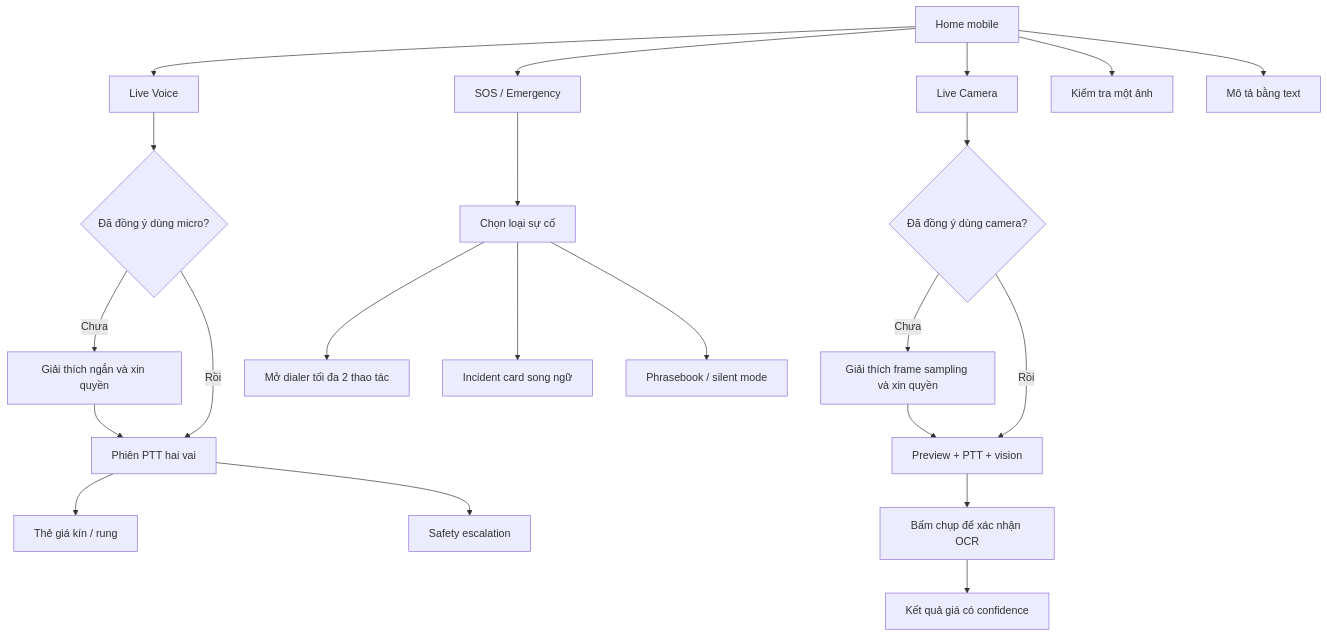
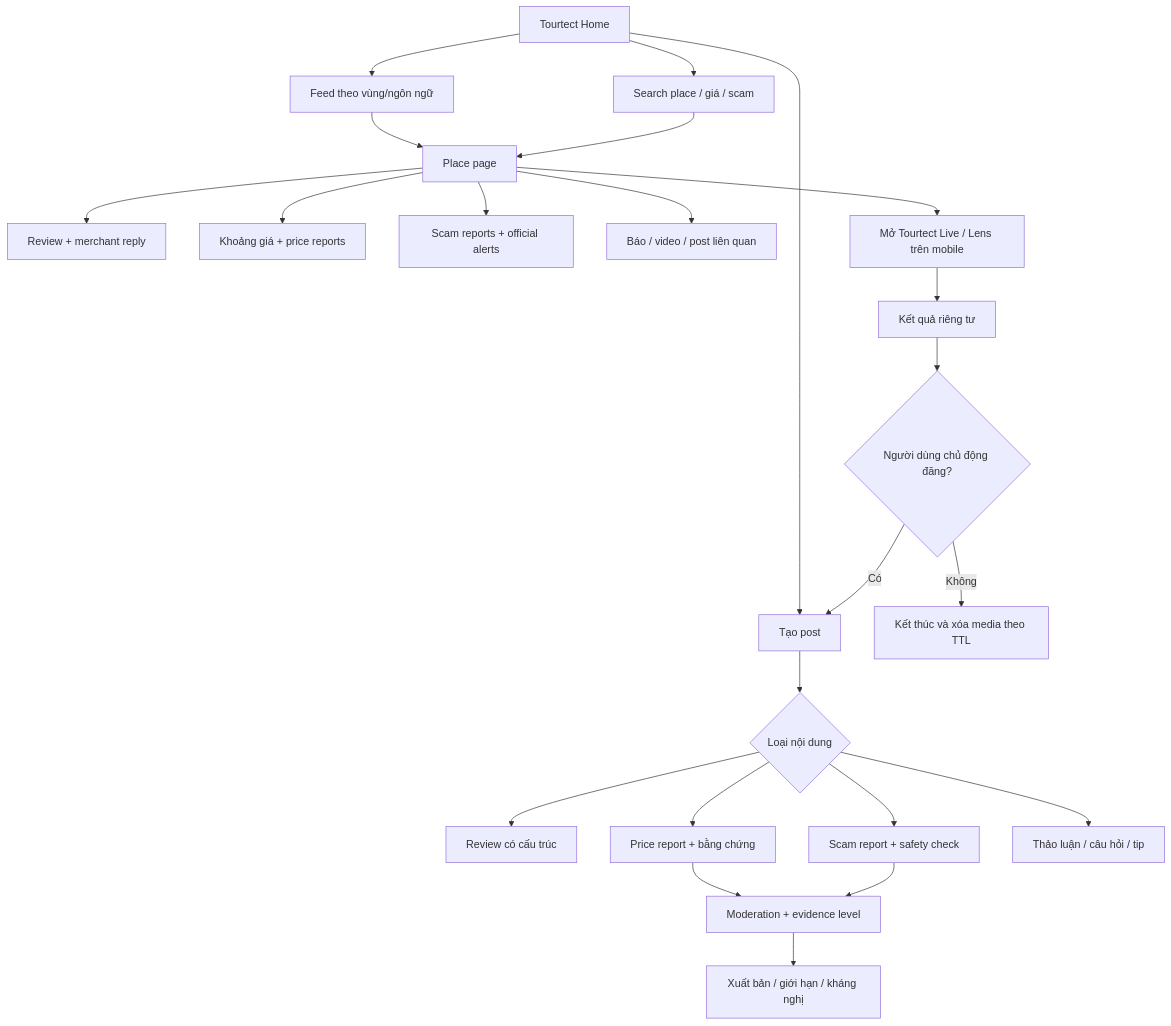
The first of 9 diagrams in docs/system-design.md (hackunix/tourtect), drawn with Mermaid before and after one commit. The commit also changed other lines of this file, not shown here.

```diff
--- a/docs/system-design.md
+++ b/docs/system-design.md
@@ -132,34 +151,25 @@
 ~~~mermaid
 flowchart TD
-    HOME["Home mobile"]
-    VOICE["Live Voice"]
-    CAMERA["Live Camera"]
-    SOS["SOS / Emergency"]
-    PHOTO["Kiểm tra một ảnh"]
-    TEXT["Mô tả bằng text"]
-
-    HOME --> VOICE
-    HOME --> CAMERA
-    HOME --> SOS
-    HOME --> PHOTO
-    HOME --> TEXT
-
-    VOICE --> CONSENT_MIC{"Đã đồng ý dùng micro?"}
-    CONSENT_MIC -- "Chưa" --> ASK_MIC["Giải thích ngắn và xin quyền"]
-    ASK_MIC --> SESSION_V["Phiên PTT hai vai"]
-    CONSENT_MIC -- "Rồi" --> SESSION_V
-    SESSION_V --> PRIVATE["Thẻ giá kín / rung"]
-    SESSION_V --> ESCALATE["Safety escalation"]
-
-    CAMERA --> CONSENT_CAM{"Đã đồng ý dùng camera?"}
-    CONSENT_CAM -- "Chưa" --> ASK_CAM["Giải thích frame sampling và xin quyền"]
-    ASK_CAM --> SESSION_C["Preview + PTT + vision"]
-    CONSENT_CAM -- "Rồi" --> SESSION_C
-    SESSION_C --> CAPTURE["Bấm chụp để xác nhận OCR"]
-    CAPTURE --> RESULT["Kết quả giá có confidence"]
-
-    SOS --> TRIAGE["Chọn loại sự cố"]
-    TRIAGE --> DIAL["Mở dialer tối đa 2 thao tác"]
-    TRIAGE --> CARD["Incident card song ngữ"]
-    TRIAGE --> PHRASE["Phrasebook / silent mode"]
+    LANDING["Tourtect Home"] --> FEED["Feed theo vùng/ngôn ngữ"]
+    LANDING --> SEARCH["Search place / giá / scam"]
+    LANDING --> CREATE["Tạo post"]
+    FEED --> PLACE["Place page"]
+    SEARCH --> PLACE
+    PLACE --> REVIEWS["Review + merchant reply"]
+    PLACE --> PRICES["Khoảng giá + price reports"]
+    PLACE --> ALERTS["Scam reports + official alerts"]
+    PLACE --> SOURCES["Báo / video / post liên quan"]
+    CREATE --> TYPE{"Loại nội dung"}
+    TYPE --> REVIEW["Review có cấu trúc"]
+    TYPE --> PRICE["Price report + bằng chứng"]
+    TYPE --> SCAM["Scam report + safety check"]
+    TYPE --> DISCUSS["Thảo luận / câu hỏi / tip"]
+    PRICE --> MOD["Moderation + evidence level"]
+    SCAM --> MOD
+    MOD --> PUBLISH["Xuất bản / giới hạn / kháng nghị"]
+    PLACE --> MOBILE_AI["Mở Tourtect Live / Lens trên mobile"]
+    MOBILE_AI --> DRAFT["Kết quả riêng tư"]
+    DRAFT --> OPTIN{"Người dùng chủ động đăng?"}
+    OPTIN -- "Có" --> CREATE
+    OPTIN -- "Không" --> END["Kết thúc và xóa media theo TTL"]
 ~~~
```
